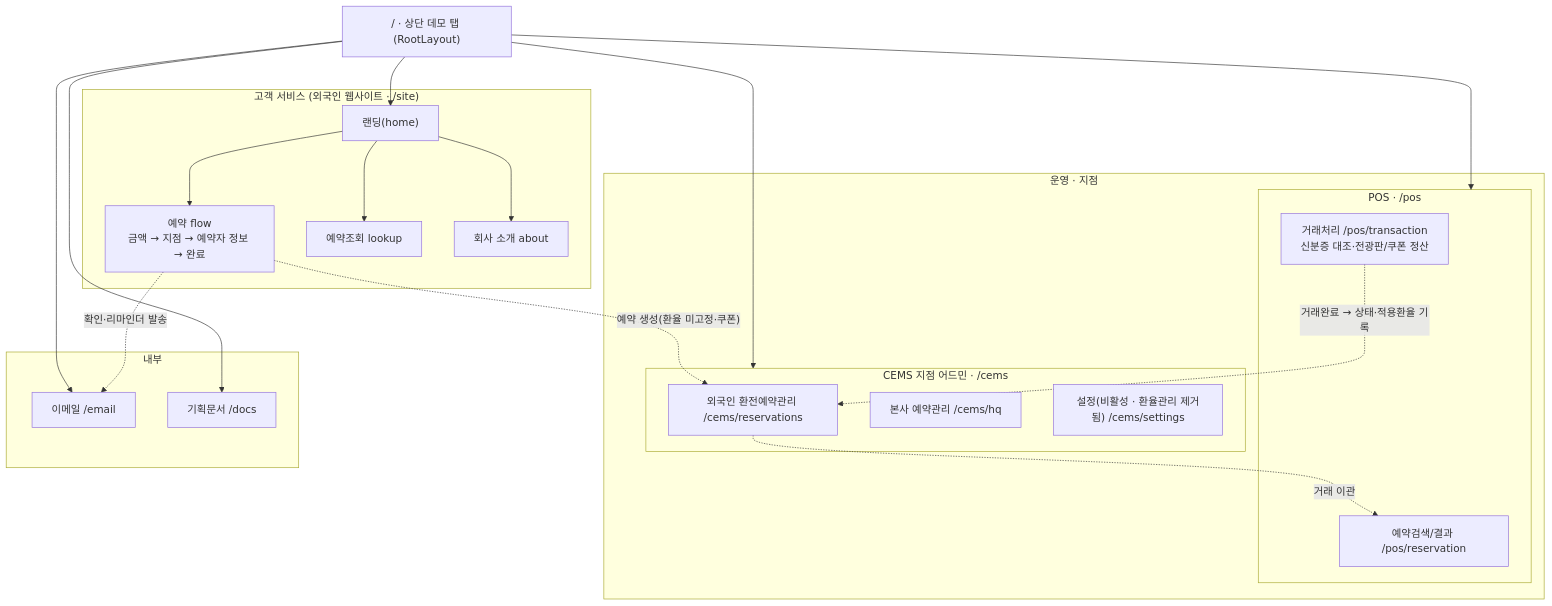
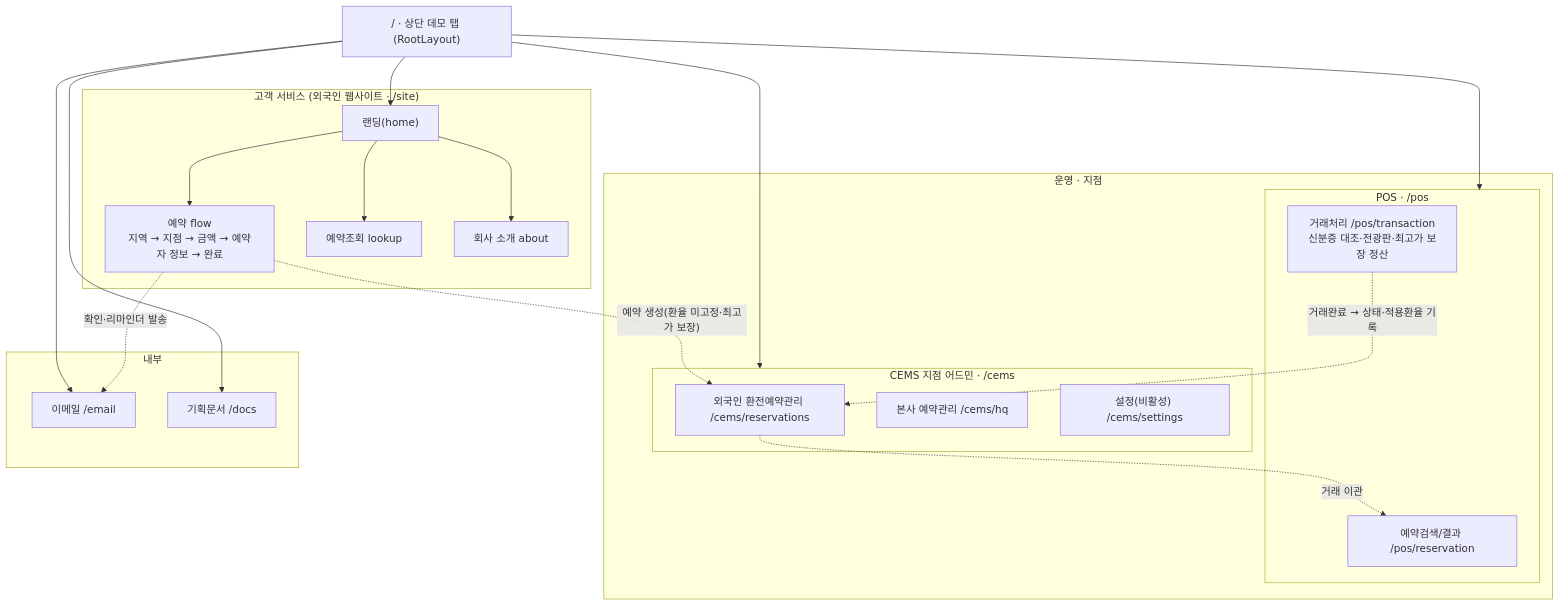
One commit to ahyeonine/moneybox_fw01 changed the diagram in docs-plan/02_구조도.mermaid. Above: the diagram before and after it, drawn with Mermaid. The commit also changed 7 other files, not shown here.

```diff
--- a/docs-plan/02_구조도.mermaid
+++ b/docs-plan/02_구조도.mermaid
@@ -1,41 +1,41 @@
 graph TD
   Root["/ · 상단 데모 탭 (RootLayout)"]
 
   subgraph CUST["고객 서비스 (외국인 웹사이트 · /site)"]
     SITE["랜딩(home)"]
-    FLOW["예약 flow<br/>금액 → 지점 → 예약자 정보 → 완료"]
+    FLOW["예약 flow<br/>지역 → 지점 → 금액 → 예약자 정보 → 완료"]
     LOOK["예약조회 lookup"]
     ABOUT["회사 소개 about"]
     SITE --> FLOW
     SITE --> LOOK
     SITE --> ABOUT
   end
 
   subgraph OPS["운영 · 지점"]
     subgraph SCEMS["CEMS 지점 어드민 · /cems"]
       C1["외국인 환전예약관리 /cems/reservations"]
       C2["본사 예약관리 /cems/hq"]
-      C5["설정(비활성 · 환율관리 제거됨) /cems/settings"]
+      C5["설정(비활성) /cems/settings"]
     end
     subgraph SPOS["POS · /pos"]
       P2["예약검색/결과 /pos/reservation"]
-      P3["거래처리 /pos/transaction<br/>신분증 대조·전광판/쿠폰 정산"]
+      P3["거래처리 /pos/transaction<br/>신분증 대조·전광판·최고가 보장 정산"]
     end
   end
 
   subgraph INT["내부"]
     Email["이메일 /email"]
     Docs["기획문서 /docs"]
   end
 
   Root --> SITE
   Root --> SCEMS
   Root --> SPOS
   Root --> Email
   Root --> Docs
 
   %% 시스템 간 연동 (점선)
-  FLOW -. "예약 생성(환율 미고정·쿠폰)" .-> C1
+  FLOW -. "예약 생성(환율 미고정·최고가 보장)" .-> C1
   FLOW -. "확인·리마인더 발송" .-> Email
   C1 -. "거래 이관" .-> P2
   P3 -. "거래완료 → 상태·적용환율 기록" .-> C1
```
